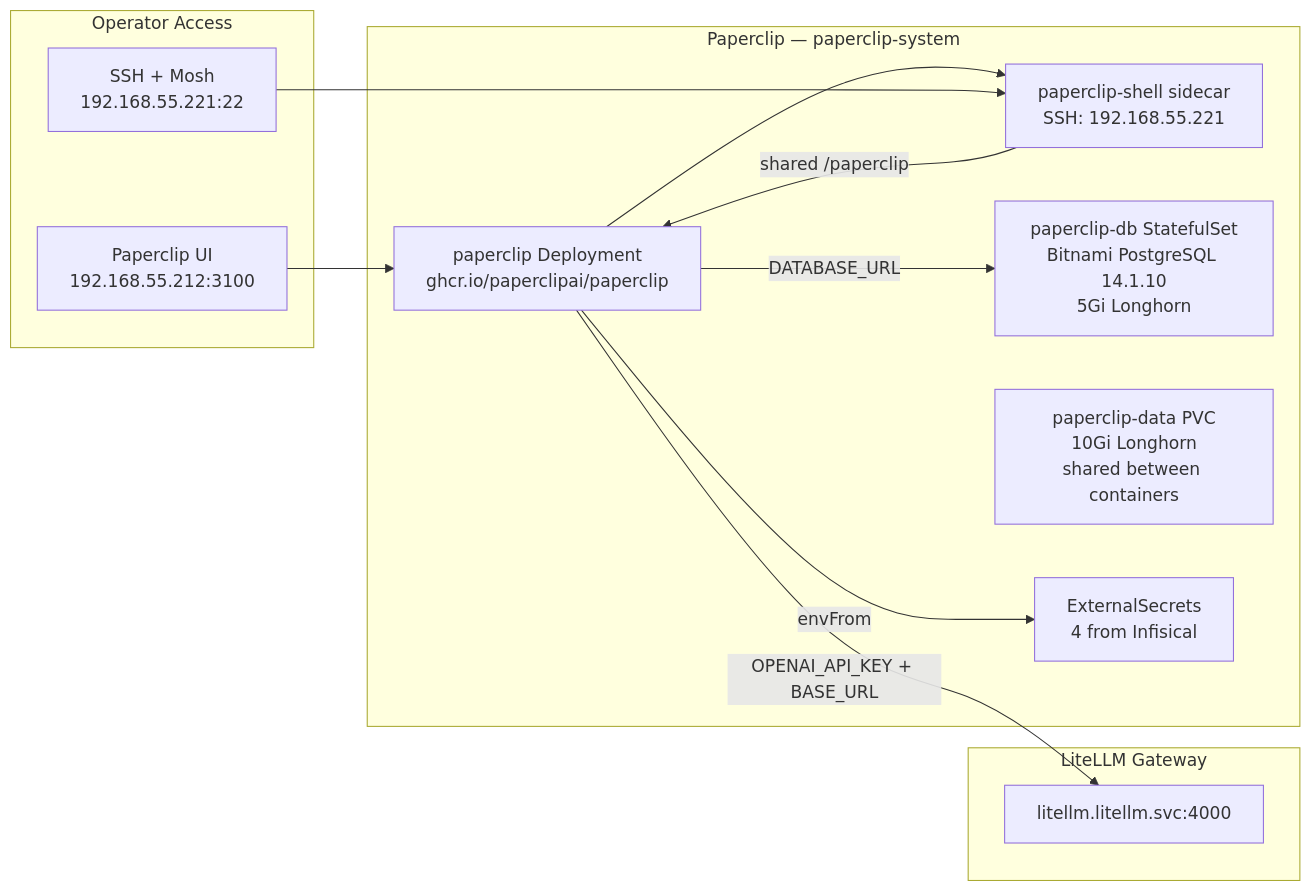
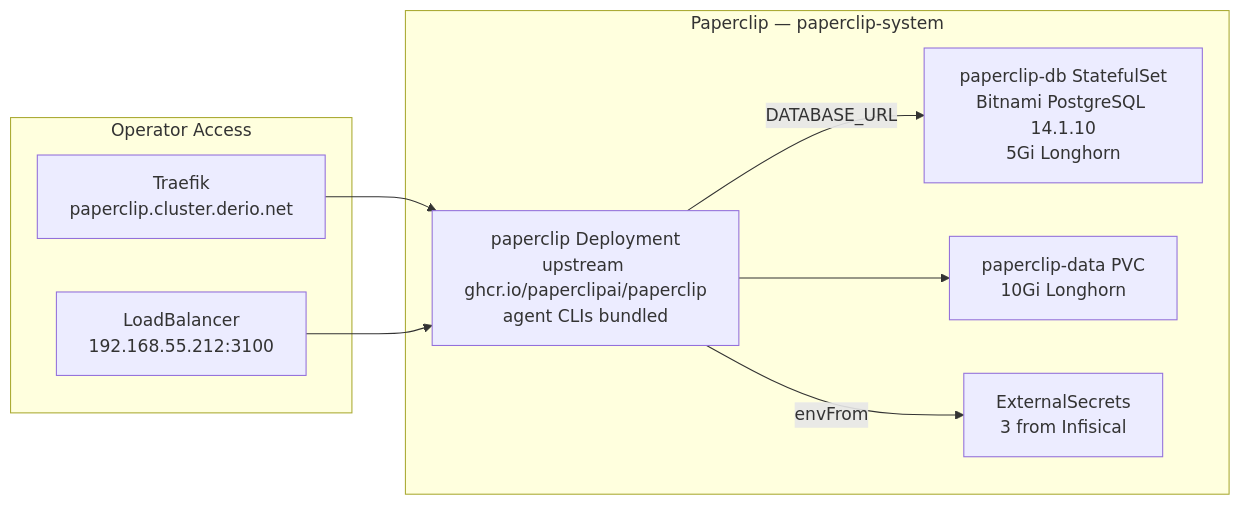
One commit to derio-net/frank changed the first of 3 diagrams in blog/content/docs/building/15-paperclip/index.md. Above: the diagram before and after it, drawn with Mermaid. The commit also changed other lines of this file and 46 other files, not shown here.

First line of the commit message:
feat(orch): Paperclip fresh start — pure upstream v2026.916.1, retire the shell (#823)

````diff
--- a/blog/content/docs/building/15-paperclip/index.md
+++ b/blog/content/docs/building/15-paperclip/index.md
@@ -20,25 +22,19 @@
 ```mermaid
 flowchart LR
   subgraph Paperclip[Paperclip — paperclip-system]
-    App[paperclip Deployment<br/>ghcr.io/paperclipai/paperclip]
-    Shell[paperclip-shell sidecar<br/>SSH: 192.168.55.221]
+    App[paperclip Deployment<br/>upstream ghcr.io/paperclipai/paperclip<br/>agent CLIs bundled]
     DB[paperclip-db StatefulSet<br/>Bitnami PostgreSQL 14.1.10<br/>5Gi Longhorn]
-    PVC[paperclip-data PVC<br/>10Gi Longhorn<br/>shared between containers]
-    Secrets[ExternalSecrets<br/>4 from Infisical]
+    PVC[paperclip-data PVC<br/>10Gi Longhorn]
+    Secrets[ExternalSecrets<br/>3 from Infisical]
   end
-  subgraph LLM[LiteLLM Gateway]
-    LL[litellm.litellm.svc:4000]
-  end
-  subgraph Operator[Operator Access]
-    SSH[SSH + Mosh<br/>192.168.55.221:22]
-    UI[Paperclip UI<br/>192.168.55.212:3100]
+  subgraph Access[Operator Access]
+    TR[Traefik<br/>paperclip.cluster.derio.net]
+    UI[LoadBalancer<br/>192.168.55.212:3100]
   end
 
   App -->|DATABASE_URL| DB
-  App -->|OPENAI_API_KEY + BASE_URL| LL
-  App --> Shell
+  App --> PVC
   App -->|envFrom| Secrets
-  Shell -->|shared /paperclip| App
+  TR --> App
   UI --> App
-  SSH --> Shell
 ```
````
